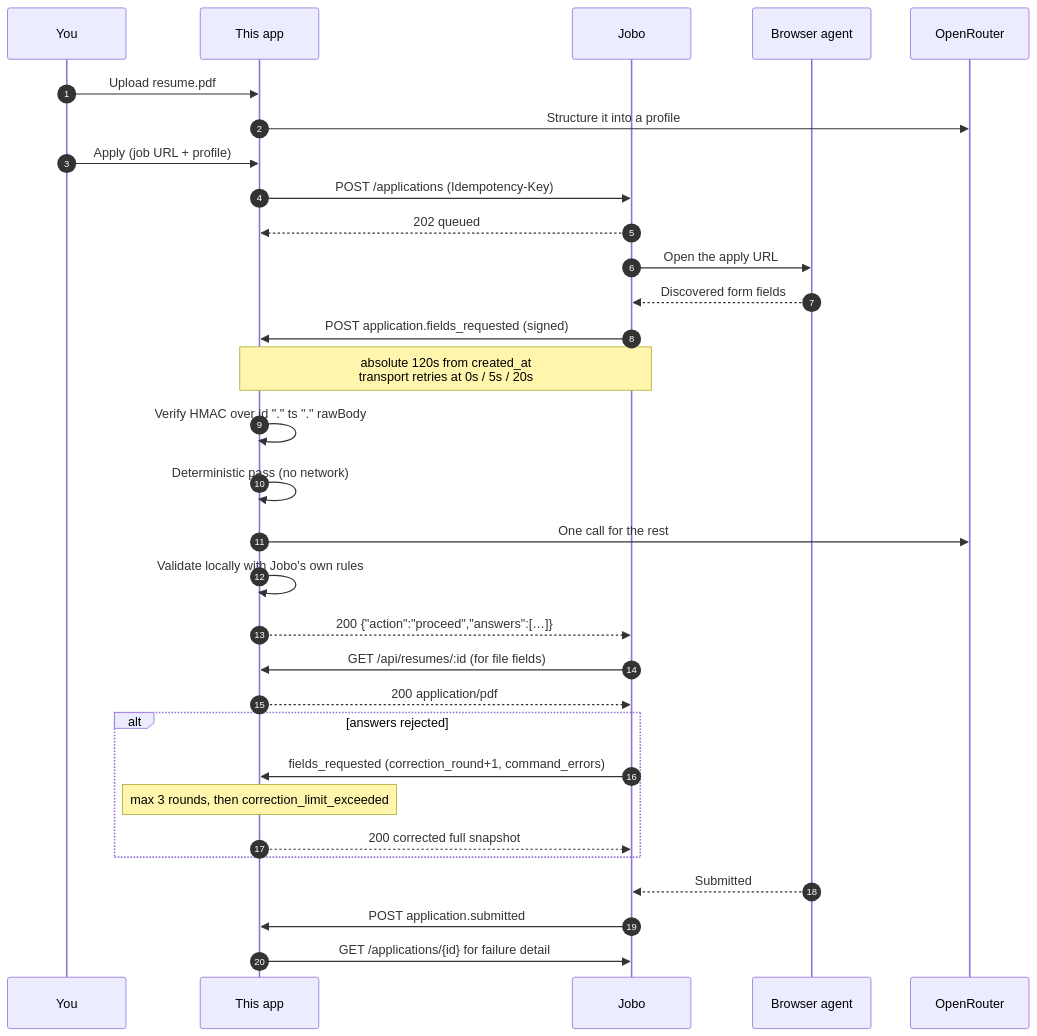
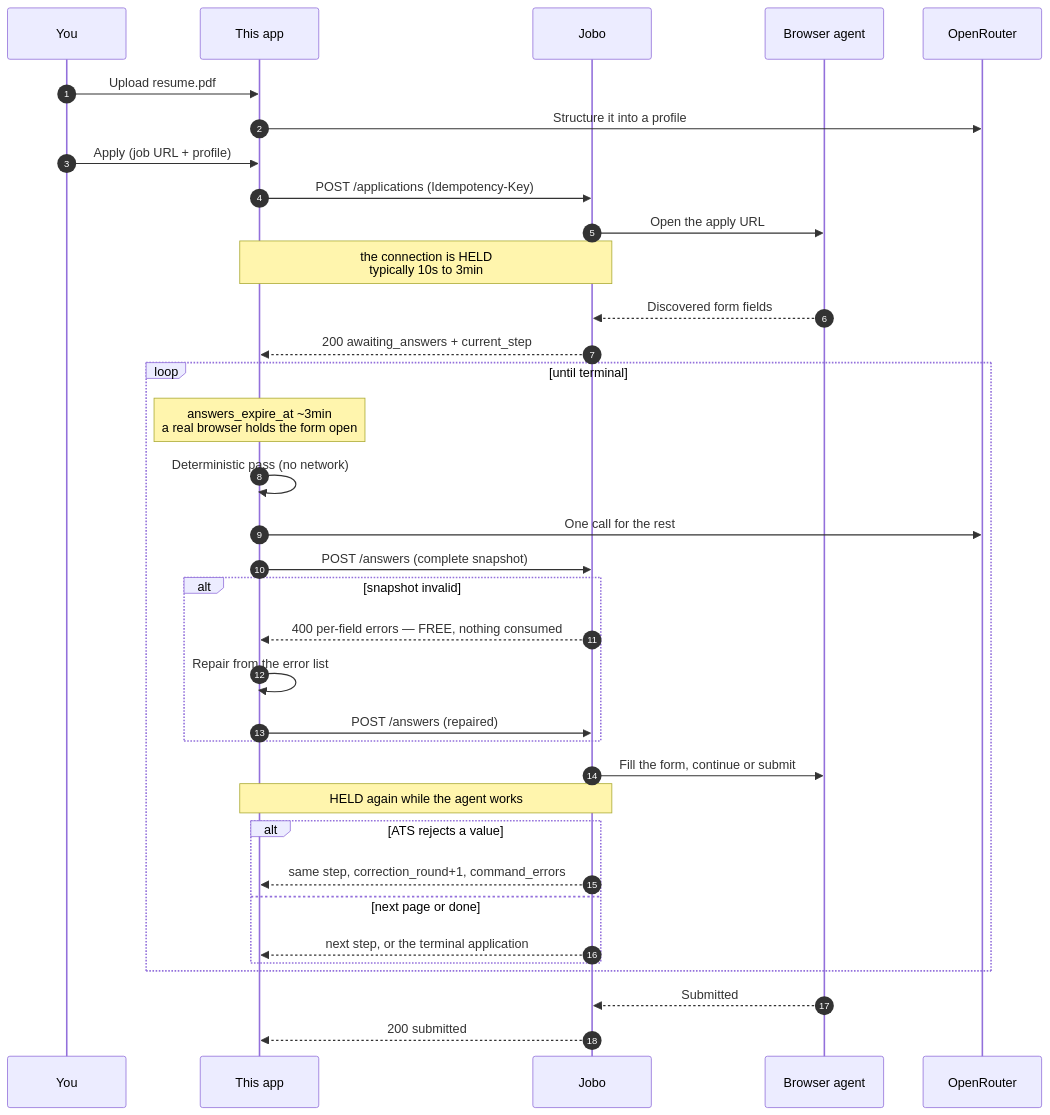
The diagram in README.md (JoboAI/jobo-auto-apply-example), drawn with Mermaid before and after one commit. The commit also changed other lines of this file and 53 other files, not shown here.

````diff
--- a/README.md
+++ b/README.md
@@ -26,38 +27,41 @@
 ```mermaid
 sequenceDiagram
     autonumber
     participant U as You
     participant A as This app
     participant J as Jobo
     participant B as Browser agent
     participant O as OpenRouter
 
     U->>A: Upload resume.pdf
     A->>O: Structure it into a profile
     U->>A: Apply (job URL + profile)
+
     A->>J: POST /applications (Idempotency-Key)
-    J-->>A: 202 queued
+    J->>B: Open the apply URL
+    Note over A,J: the connection is HELD<br/>typically 10s to 3min
+    B-->>J: Discovered form fields
+    J-->>A: 200 awaiting_answers + current_step
 
-    J->>B: Open the apply URL
-    B-->>J: Discovered form fields
-    J->>A: POST application.fields_requested (signed)
-    Note over A,J: absolute 120s from created_at<br/>transport retries at 0s / 5s / 20s
-    A->>A: Verify HMAC over id "." ts "." rawBody
-    A->>A: Deterministic pass (no network)
-    A->>O: One call for the rest
-    A->>A: Validate locally with Jobo's own rules
-    A-->>J: 200 {"action":"proceed","answers":[…]}
-
-    J->>A: GET /api/resumes/:id (for file fields)
-    A-->>J: 200 application/pdf
-
-    alt answers rejected
-      J->>A: fields_requested (correction_round+1, command_errors)
-      Note over A: max 3 rounds, then correction_limit_exceeded
-      A-->>J: 200 corrected full snapshot
+    loop until terminal
+      Note over A: answers_expire_at ~3min<br/>a real browser holds the form open
+      A->>A: Deterministic pass (no network)
+      A->>O: One call for the rest
+      A->>J: POST /answers (complete snapshot)
+      alt snapshot invalid
+        J-->>A: 400 per-field errors — FREE, nothing consumed
+        A->>A: Repair from the error list
+        A->>J: POST /answers (repaired)
+      end
+      J->>B: Fill the form, continue or submit
+      Note over A,J: HELD again while the agent works
+      alt ATS rejects a value
+        J-->>A: same step, correction_round+1, command_errors
+      else next page or done
+        J-->>A: next step, or the terminal application
+      end
     end
 
     B-->>J: Submitted
-    J->>A: POST application.submitted
-    A->>J: GET /applications/{id} for failure detail
+    J-->>A: 200 submitted
 ```
````
